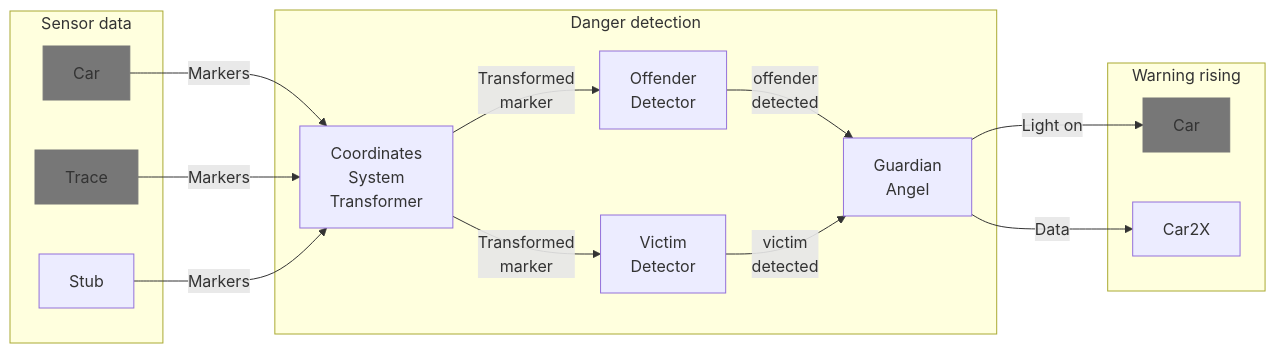
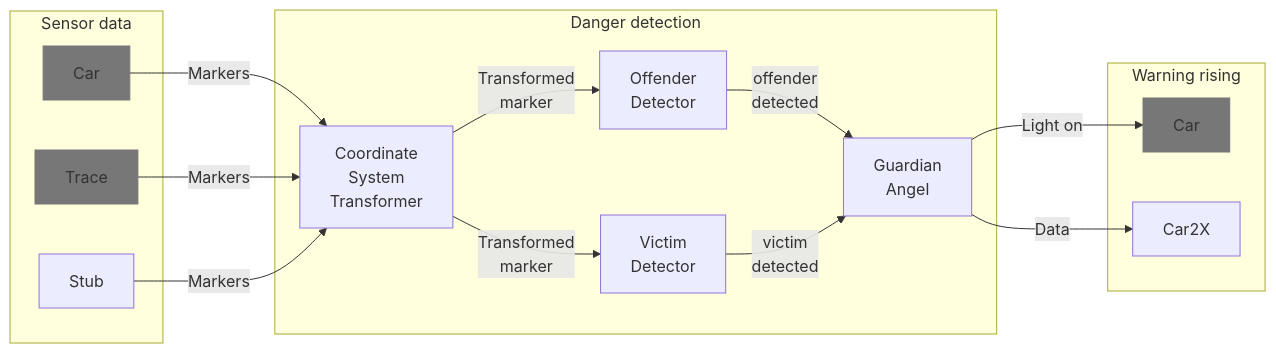
One commit to Eclipse-SDV-Hackathon-Accenture/HackTheCar_CaffeeDriver changed the third of 5 diagrams in Readme.md. Above: the diagram before and after it, drawn with Mermaid.

Commit message:
Fix for readme.md

````diff
--- a/Readme.md
+++ b/Readme.md
@@ -89,42 +89,42 @@
 ```mermaid
     flowchart LR
         classDef given stroke:#777, fill:#777
 
         subgraph Sensor data
             Car:::given
             Trace:::given
             Stub
         end
 
         subgraph Danger detection
-            transformer[Coordinates
+            transformer[Coordinate
             System
             Transformer]
             offender[Offender
             Detector]
             victim[Victim
             Detector]
             angel[Guardian
             Angel]
         end
     
         subgraph Warning rising
             car_out[Car]:::given
             Car2X
         end
     
         Car & Trace & Stub --Markers --> transformer
         
         transformer -- Transformed
         marker--> offender & victim
         
         offender -- offender
         detected --> angel
         
         victim -- victim
         detected--> angel
         
         angel -- Light on --> car_out
         angel -- Data --> Car2X
 
 ```
````
